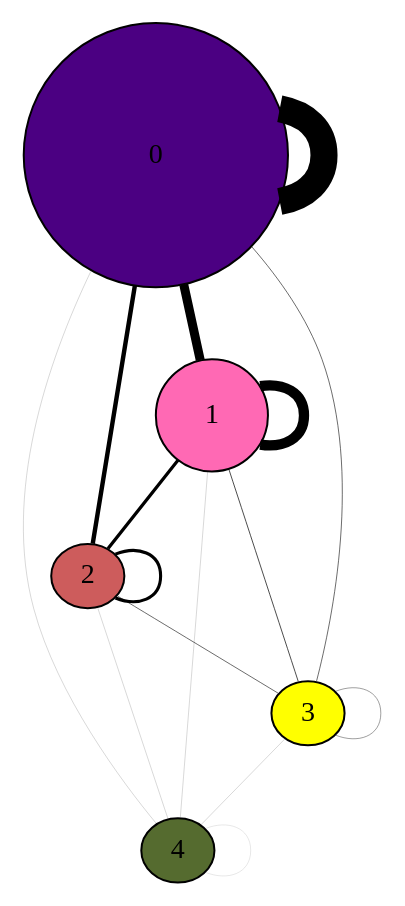
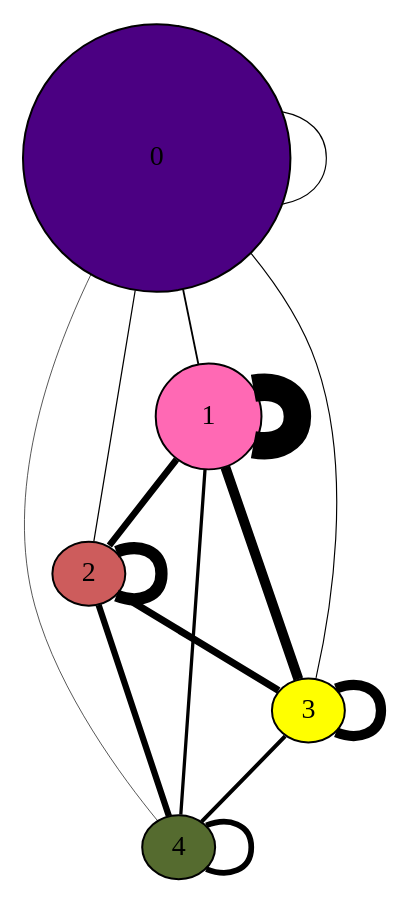
The diagram in src/graph.dot (AniketGurav/pymake), drawn with Graphviz before and after one commit. The commit also changed 29 other files, not shown here.

```diff
--- a/src/graph.dot
+++ b/src/graph.dot
@@ -1,37 +1,37 @@
 graph  {
 	0	 [fillcolor="#4B0082",
-		height=1.82934066005,
+		height=1.86022660931,
 		style=filled,
-		width=1.82934066005];
-	0 -- 0	 [penwidth=13.5171007611];
+		width=1.86022660931];
+	0 -- 0	 [penwidth=0.584907181825];
 	1	 [fillcolor="#FF69B4",
-		height=0.780328125302,
+		height=0.732352588301,
 		style=filled,
-		width=0.780328125302];
-	0 -- 1	 [penwidth=4.49683076503];
+		width=0.732352588301];
+	0 -- 1	 [penwidth=0.913917471602];
 	2	 [fillcolor="#CD5C5C",
-		height=0.208659169037,
+		height=0.0459315212175,
 		style=filled,
-		width=0.208659169037];
-	0 -- 2	 [penwidth=2.20850268342];
+		width=0.0459315212175];
+	0 -- 2	 [penwidth=0.621463880689];
 	3	 [fillcolor="#FFFF00",
-		height=0.0314417925946,
+		height=0.0331727653237,
 		style=filled,
-		width=0.0314417925946];
-	0 -- 3	 [penwidth=0.292693126718];
+		width=0.0331727653237];
+	0 -- 3	 [penwidth=0.584907181825];
 	4	 [fillcolor="#556B2F",
-		height=0.00857503434397,
+		height=0.00255175117875,
 		style=filled,
-		width=0.00857503434397];
-	0 -- 4	 [penwidth=0.0798253981958];
-	1 -- 1	 [penwidth=5.13543395059];
-	1 -- 2	 [penwidth=1.64972489605];
-	1 -- 3	 [penwidth=0.345910058848];
-	1 -- 4	 [penwidth=0.0798253981958];
-	2 -- 2	 [penwidth=1.54329103178];
-	2 -- 3	 [penwidth=0.292693126718];
-	2 -- 4	 [penwidth=0.0798253981958];
-	3 -- 3	 [penwidth=0.186259262457];
-	3 -- 4	 [penwidth=0.0798253981958];
-	4 -- 4	 [penwidth=0.0532169321305];
+		width=0.00255175117875];
+	0 -- 4	 [penwidth=0.329010289777];
+	1 -- 1	 [penwidth=13.7453187729];
+	1 -- 2	 [penwidth=3.29010289777];
+	1 -- 3	 [penwidth=5.00826774438];
+	1 -- 4	 [penwidth=1.64505144888];
+	2 -- 2	 [penwidth=6.14152540917];
+	2 -- 3	 [penwidth=3.54599978982];
+	2 -- 4	 [penwidth=3.14387610231];
+	3 -- 3	 [penwidth=5.11793784097];
+	3 -- 4	 [penwidth=2.01061843752];
+	4 -- 4	 [penwidth=2.8514225114];
 }
```
